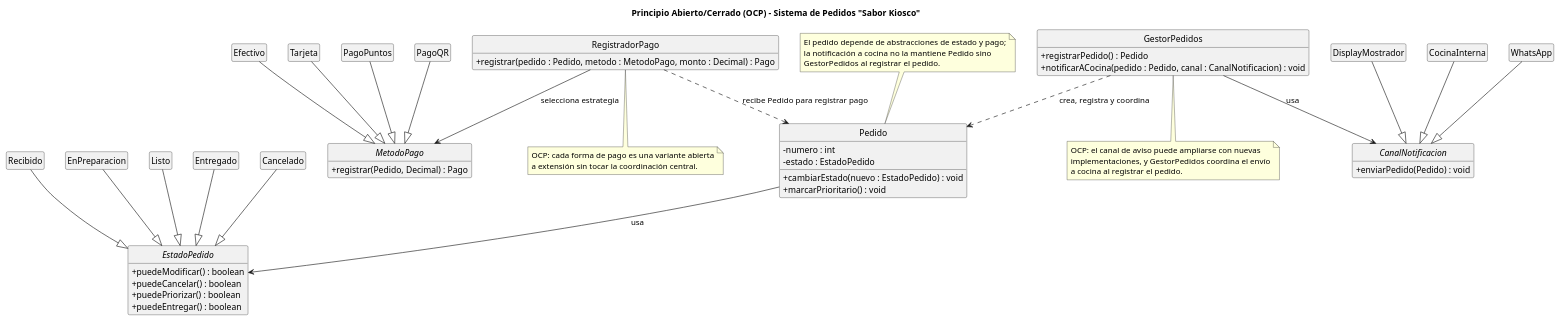
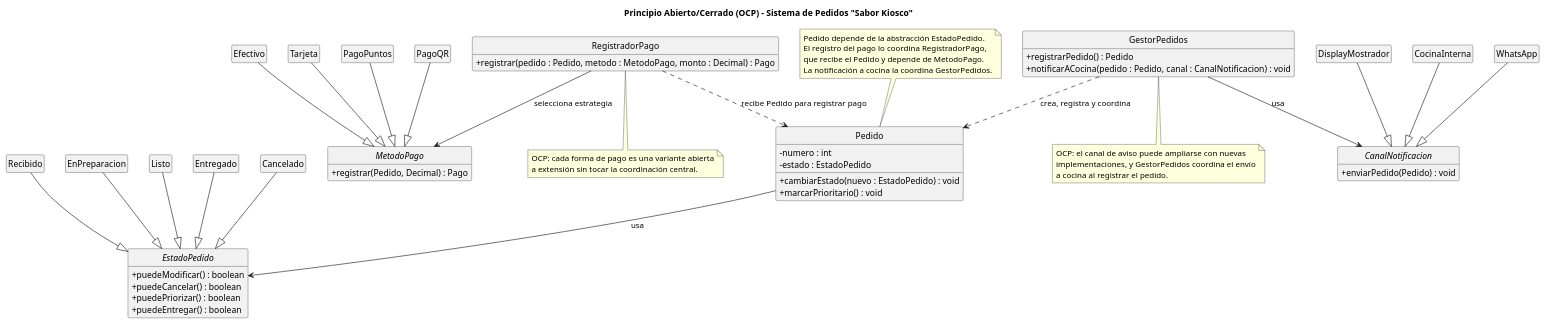
One commit to lucasmengarelli3/SistemaPedidos changed the diagram in diagramas/01-diagrama-clases/01-solid-02-ocp.puml. Above: the diagram before and after it, drawn with PlantUML. The commit also changed 3 other files, not shown here.

```diff
--- a/diagramas/01-diagrama-clases/01-solid-02-ocp.puml
+++ b/diagramas/01-diagrama-clases/01-solid-02-ocp.puml
@@ -1,92 +1,93 @@
 @startuml
 skinparam shadowing false
 skinparam classAttributeIconSize 0
 hide empty members
 hide circle
 
 title Principio Abierto/Cerrado (OCP) - Sistema de Pedidos "Sabor Kiosco"
 
 abstract class EstadoPedido {
   + puedeModificar() : boolean
   + puedeCancelar() : boolean
   + puedePriorizar() : boolean
   + puedeEntregar() : boolean
 }
 
 class Recibido
 class EnPreparacion
 class Listo
 class Entregado
 class Cancelado
 
 abstract class MetodoPago {
   + registrar(Pedido, Decimal) : Pago
 }
 
 class Efectivo
 class Tarjeta
 class PagoQR
 class PagoPuntos
 
 abstract class CanalNotificacion {
   + enviarPedido(Pedido) : void
 }
 
 class CocinaInterna
 class WhatsApp
 class DisplayMostrador
 
 class Pedido {
   - numero : int
   - estado : EstadoPedido
   + cambiarEstado(nuevo : EstadoPedido) : void
   + marcarPrioritario() : void
 }
 
 class RegistradorPago {
   + registrar(pedido : Pedido, metodo : MetodoPago, monto : Decimal) : Pago
 }
 
 class GestorPedidos {
   + registrarPedido() : Pedido
   + notificarACocina(pedido : Pedido, canal : CanalNotificacion) : void
 }
 
 Recibido --|> EstadoPedido
 EnPreparacion --|> EstadoPedido
 Listo --|> EstadoPedido
 Entregado --|> EstadoPedido
 Cancelado --|> EstadoPedido
 
 Efectivo --|> MetodoPago
 Tarjeta --|> MetodoPago
 PagoQR --|> MetodoPago
 PagoPuntos --|> MetodoPago
 
 CocinaInterna --|> CanalNotificacion
 WhatsApp --|> CanalNotificacion
 DisplayMostrador --|> CanalNotificacion
 
 Pedido --> EstadoPedido : usa
 RegistradorPago ..> Pedido : recibe Pedido para registrar pago
 RegistradorPago --> MetodoPago : selecciona estrategia
 GestorPedidos --> CanalNotificacion : usa
 GestorPedidos ..> Pedido : crea, registra y coordina
 
 note top of Pedido
-  El pedido depende de abstracciones de estado y pago;
-  la notificación a cocina no la mantiene Pedido sino
-  GestorPedidos al registrar el pedido.
+  Pedido depende de la abstracción EstadoPedido.
+  El registro del pago lo coordina RegistradorPago,
+  que recibe el Pedido y depende de MetodoPago.
+  La notificación a cocina la coordina GestorPedidos.
 end note
 
 note bottom of RegistradorPago
   OCP: cada forma de pago es una variante abierta
   a extensión sin tocar la coordinación central.
 end note
 
 note bottom of GestorPedidos
   OCP: el canal de aviso puede ampliarse con nuevas
   implementaciones, y GestorPedidos coordina el envío
   a cocina al registrar el pedido.
 end note
 @enduml
```
